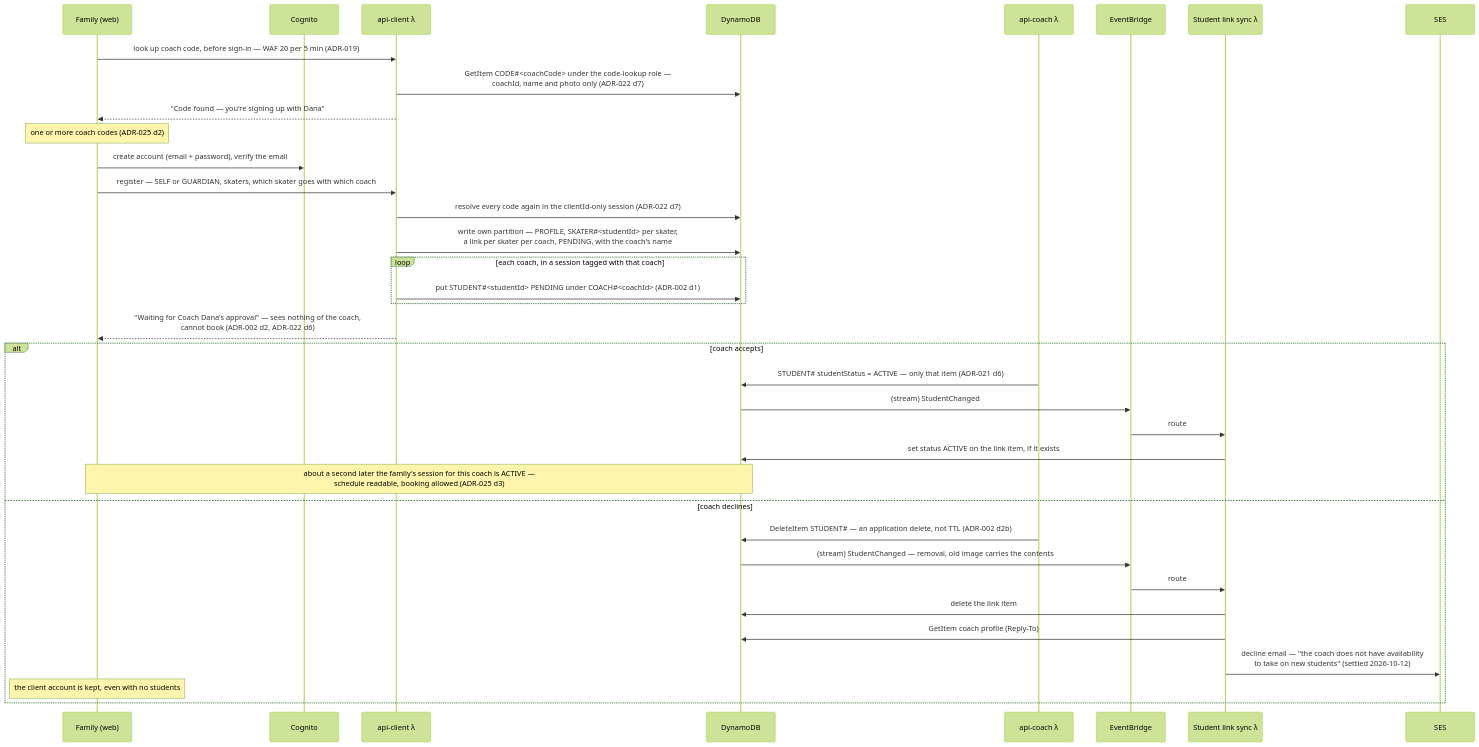
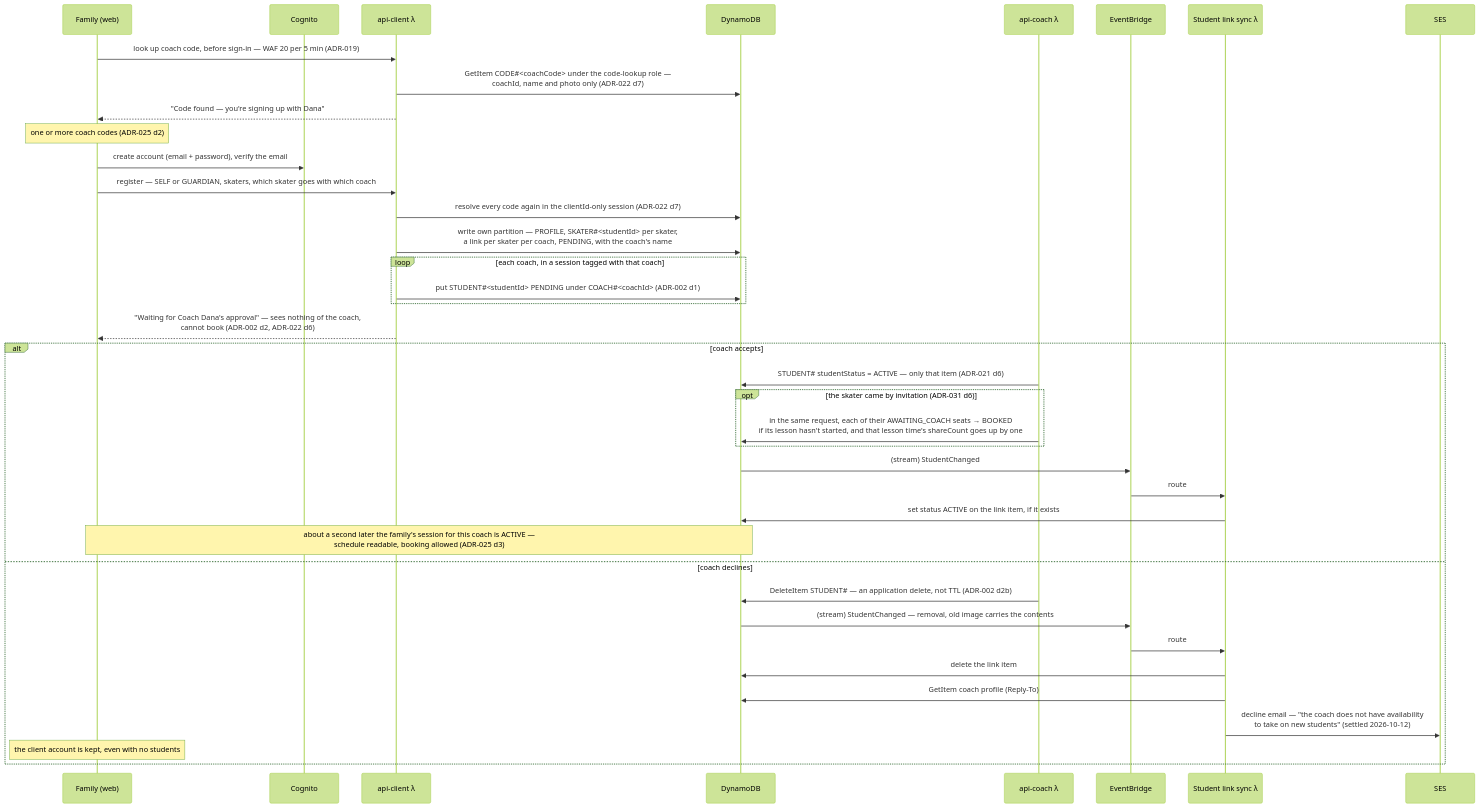
One commit to jessicamvega6/bladebook changed diagram 17 of 28 in docs/architecture.md. Above: the diagram before and after it, drawn with Mermaid (forest theme). The commit also changed other lines of this file and 30 other files, not shown here.

````diff
--- a/docs/architecture.md
+++ b/docs/architecture.md
@@ -1328,38 +1328,41 @@
 ```mermaid
 sequenceDiagram
     participant F as Family (web)
     participant Cog as Cognito
     participant API as api-client λ
     participant DB as DynamoDB
     participant AC as api-coach λ
     participant Bus as EventBridge
     participant SL as Student link sync λ
     participant SES as SES
     F->>API: look up coach code, before sign-in — WAF 20 per 5 min (ADR-019)
     API->>DB: GetItem CODE#35;<coachCode> under the code-lookup role —<br/>coachId, name and photo only (ADR-022 d7)
     API-->>F: "Code found — you're signing up with Dana"
     Note over F: one or more coach codes (ADR-025 d2)
     F->>Cog: create account (email + password), verify the email
     F->>API: register — SELF or GUARDIAN, skaters, which skater goes with which coach
     API->>DB: resolve every code again in the clientId-only session (ADR-022 d7)
     API->>DB: write own partition — PROFILE, SKATER#35;<studentId> per skater,<br/>a link per skater per coach, PENDING, with the coach's name
     loop each coach, in a session tagged with that coach
         API->>DB: put STUDENT#35;<studentId> PENDING under COACH#35;<coachId> (ADR-002 d1)
     end
     API-->>F: "Waiting for Coach Dana's approval" — sees nothing of the coach,<br/>cannot book (ADR-002 d2, ADR-022 d6)
     alt coach accepts
         AC->>DB: STUDENT#35; studentStatus = ACTIVE — only that item (ADR-021 d6)
+        opt the skater came by invitation (ADR-031 d6)
+            AC->>DB: in the same request, each of their AWAITING_COACH seats → BOOKED<br/>if its lesson hasn't started, and that lesson time's shareCount goes up by one
+        end
         DB->>Bus: (stream) StudentChanged
         Bus->>SL: route
         SL->>DB: set status ACTIVE on the link item, if it exists
         Note over F,DB: about a second later the family's session for this coach is ACTIVE —<br/>schedule readable, booking allowed (ADR-025 d3)
     else coach declines
         AC->>DB: DeleteItem STUDENT#35; — an application delete, not TTL (ADR-002 d2b)
         DB->>Bus: (stream) StudentChanged — removal, old image carries the contents
         Bus->>SL: route
         SL->>DB: delete the link item
         SL->>DB: GetItem coach profile (Reply-To)
         SL->>SES: decline email — "the coach does not have availability<br/>to take on new students" (settled 2026-10-12)
         Note over F: the client account is kept, even with no students
     end
 ```
````
